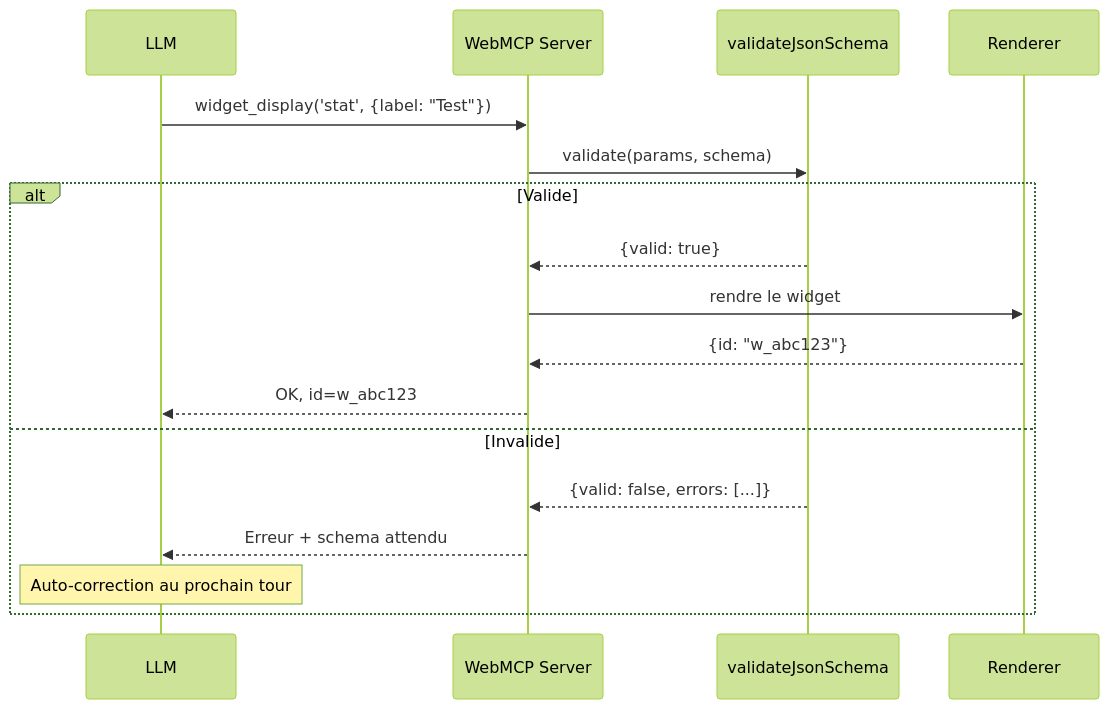
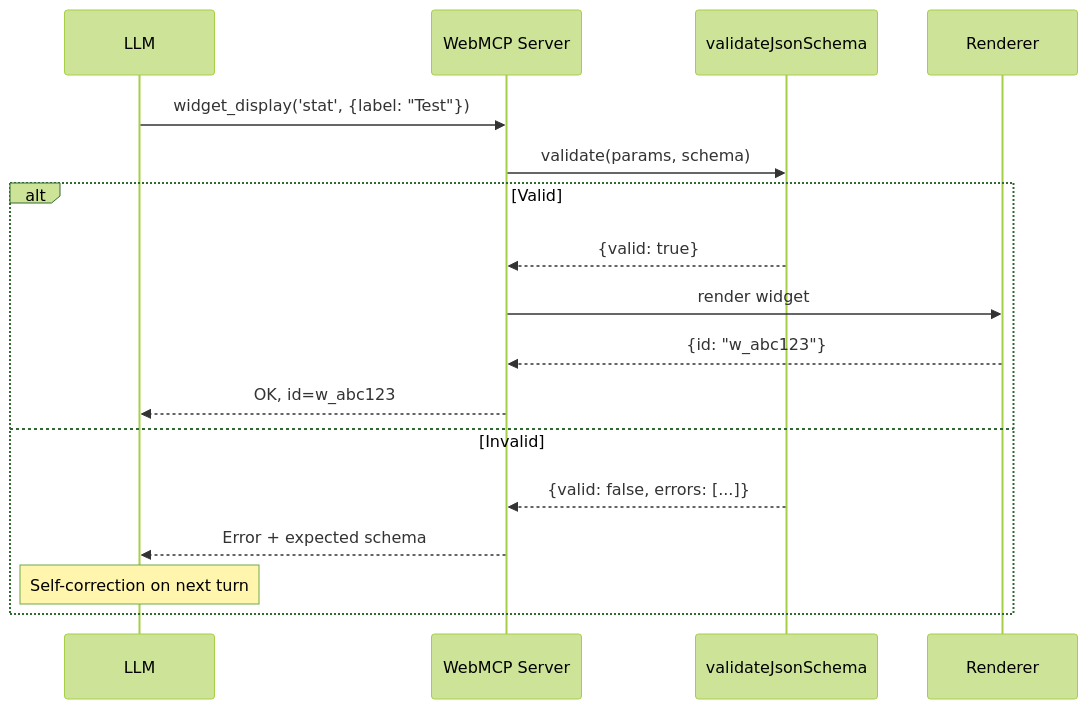
The seventh of 11 diagrams in docs/starlight/src/content/docs/tutorials/architecture-mcp-webmcp.mdx (jeanbaptiste/webmcp-auto-ui), drawn with Mermaid (forest theme) before and after one commit. The commit also changed other lines of this file and 94 other files, not shown here.

````diff
--- a/docs/starlight/src/content/docs/tutorials/architecture-mcp-webmcp.mdx
+++ b/docs/starlight/src/content/docs/tutorials/architecture-mcp-webmcp.mdx
@@ -234,20 +217,20 @@
 ```mermaid
 sequenceDiagram
     participant LLM
     participant WS as WebMCP Server
     participant V as validateJsonSchema
     participant R as Renderer
 
     LLM->>WS: widget_display('stat', {label: "Test"})
     WS->>V: validate(params, schema)
-    alt Valide
+    alt Valid
         V-->>WS: {valid: true}
-        WS->>R: rendre le widget
+        WS->>R: render widget
         R-->>WS: {id: "w_abc123"}
         WS-->>LLM: OK, id=w_abc123
-    else Invalide
+    else Invalid
         V-->>WS: {valid: false, errors: [...]}
-        WS-->>LLM: Erreur + schema attendu
-        Note over LLM: Auto-correction au prochain tour
+        WS-->>LLM: Error + expected schema
+        Note over LLM: Self-correction on next turn
     end
 ```
````
